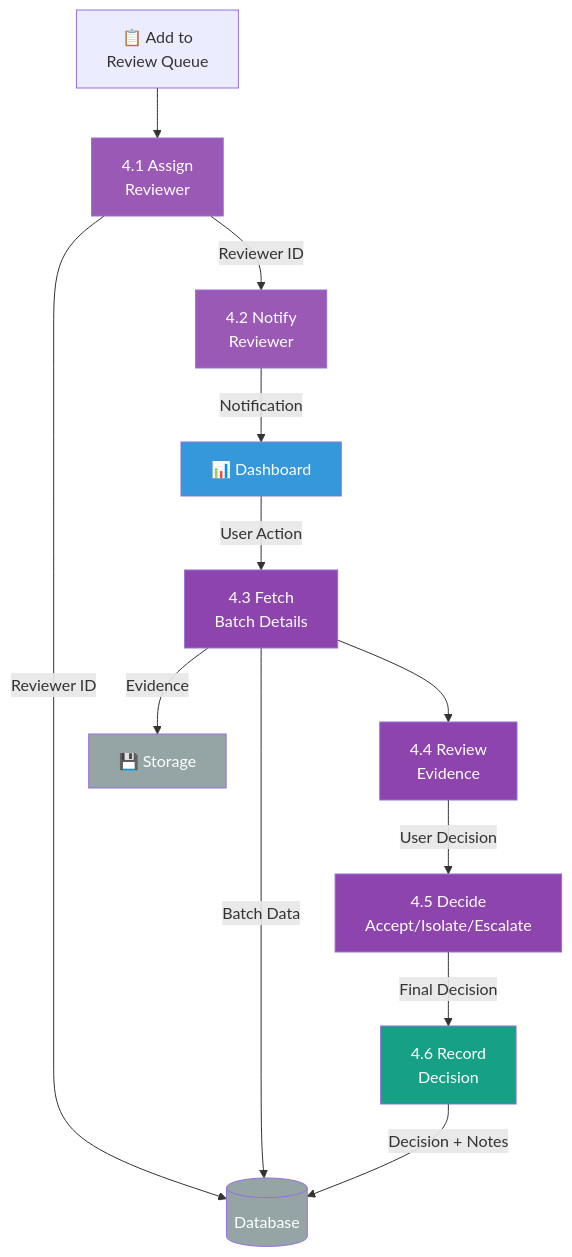
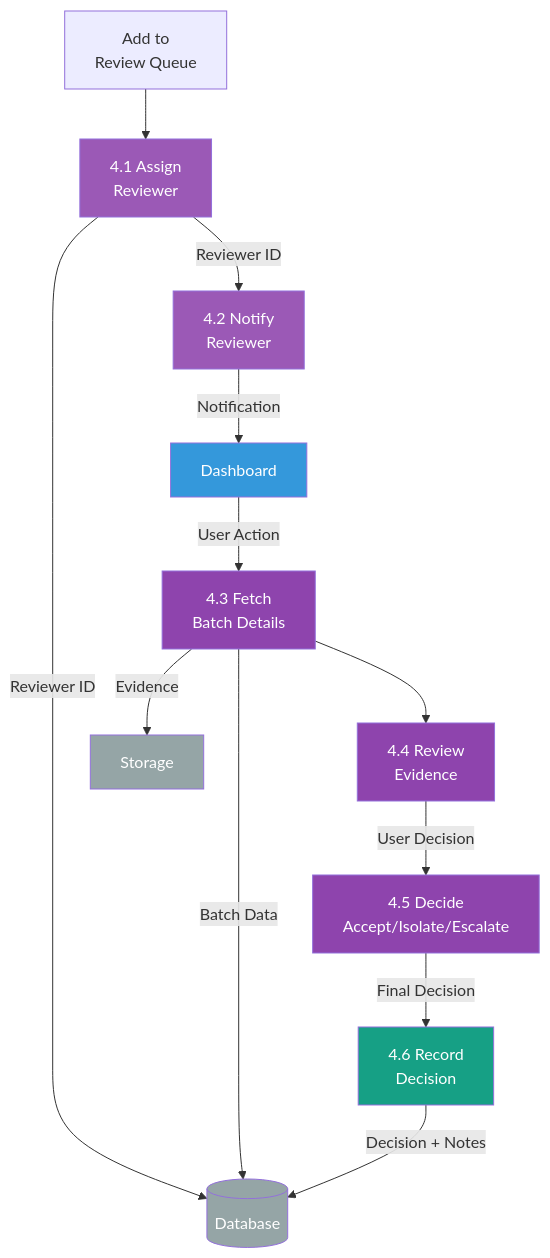
One commit to AbraImani/Authmed_Backend_intern changed the sixth of 7 diagrams in docs/architecture/data-flow-diagrams.md. Above: the diagram before and after it, drawn with Mermaid. The commit also changed other lines of this file and 27 other files, not shown here.

Commit message:
docs: remove emojis, translate to English, standardize diagrams and remove color styles

````diff
--- a/docs/architecture/data-flow-diagrams.md
+++ b/docs/architecture/data-flow-diagrams.md
@@ -203,43 +193,43 @@
 ```mermaid
 graph TD
-    Queue["📋 Add to<br/>Review Queue"]
+    Queue["Add to<br/>Review Queue"]
     
     Assign["4.1 Assign<br/>Reviewer"]
     
     Notify["4.2 Notify<br/>Reviewer"]
     
     Fetch["4.3 Fetch<br/>Batch Details"]
     
     Review["4.4 Review<br/>Evidence"]
     
     Decide["4.5 Decide<br/>Accept/Isolate/Escalate"]
     
     Record["4.6 Record<br/>Decision"]
     
     DB[(Database)]
-    Dashboard["📊 Dashboard"]
+    Dashboard["Dashboard"]
     
     Queue --> Assign
     Assign -->|Reviewer ID| DB
     Assign -->|Reviewer ID| Notify
     Notify -->|Notification| Dashboard
     
     Dashboard -->|User Action| Fetch
     Fetch -->|Batch Data| DB
-    Fetch -->|Evidence| S3["💾 Storage"]
+    Fetch -->|Evidence| S3["Storage"]
     
     Fetch --> Review
     Review -->|User Decision| Decide
     Decide -->|Final Decision| Record
     Record -->|Decision + Notes| DB
     
     style Assign fill:#9b59b6,color:#fff
     style Notify fill:#9b59b6,color:#fff
     style Fetch fill:#8e44ad,color:#fff
     style Review fill:#8e44ad,color:#fff
     style Decide fill:#8e44ad,color:#fff
     style Record fill:#16a085,color:#fff
     style DB fill:#95a5a6,color:#fff
     style Dashboard fill:#3498db,color:#fff
     style S3 fill:#95a5a6,color:#fff
 ```
````
